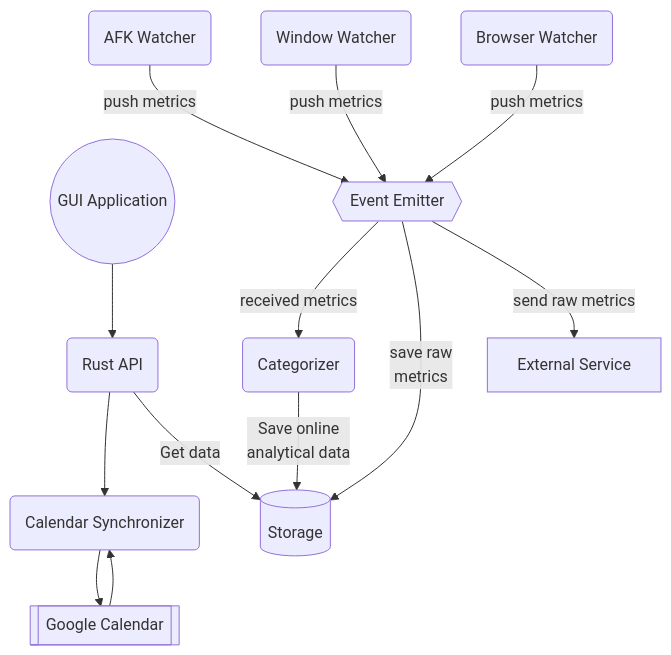
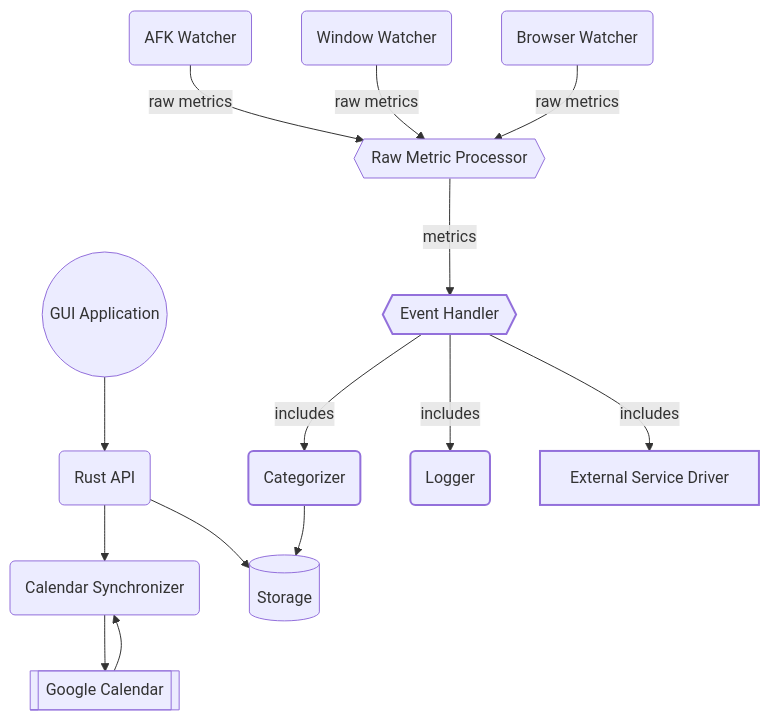
Before and after one commit to TickLabVN/tpulse: the diagram in docs/src/pages/architecture.md, drawn with Mermaid.

````diff
--- a/docs/src/pages/architecture.md
+++ b/docs/src/pages/architecture.md
@@ -3,31 +3,39 @@
 ```mermaid
 graph TB
   API(Rust API)
   UI((GUI Application))
   AFKWatcher(AFK Watcher)
   WindowWatcher(Window Watcher)
   BrowserWatcher(Browser Watcher)
-  Categorizer(Categorizer)
   CalendarSynchronizer(Calendar Synchronizer)
   GGCalendar[[Google Calendar]]
-  EventEmitter{{Event Emitter}}
   DB[(Storage)]
-  3RD[External Service]
+  RawMetricProcessor{{Raw Metric Processor}}
+  Categorizer(Categorizer)
+  Logger(Logger)
+  3RD[External Service Driver]
+  EventHandler{{Event Handler}}
 
-  AFKWatcher --push metrics--> EventEmitter
-  WindowWatcher --push metrics--> EventEmitter
-  BrowserWatcher --push metrics--> EventEmitter
+  AFKWatcher --raw metrics--> RawMetricProcessor
+  WindowWatcher --raw metrics--> RawMetricProcessor
+  BrowserWatcher --raw metrics--> RawMetricProcessor
 
-  EventEmitter --received metrics--> Categorizer
-  EventEmitter --save raw\n metrics--> DB
-  EventEmitter --send raw metrics--> 3RD
+  RawMetricProcessor --metrics--> EventHandler
+
+  EventHandler --includes--> Categorizer 
+  EventHandler --includes--> Logger
+  EventHandler --includes--> 3RD
 
   CalendarSynchronizer --> GGCalendar
   GGCalendar --> CalendarSynchronizer
 
   API --> CalendarSynchronizer
 
   UI --> API
-  Categorizer --"Save online\n analytical data"--> DB
-  API --Get data--> DB
+  Categorizer --> DB
+  API --> DB
+
+  classDef inheritance stroke-width:2px;
+  class ArrowHead inheritance;
+  class EventHandler,Categorizer,Logger,3RD inheritance;
 ```
````
